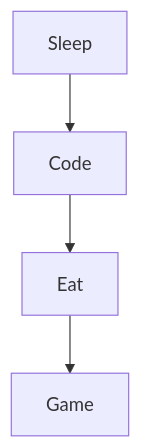
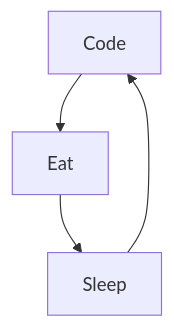
The diagram in README.md (Lisitius/Lisitius), drawn with Mermaid before and after one commit.

````diff
--- a/README.md
+++ b/README.md
@@ -24,6 +24,6 @@
 ```mermaid
   graph TD;
       Code-->Eat;
-      Eat-->Game;
+      Eat-->Sleep;
       Sleep-->Code;
 ```
````
